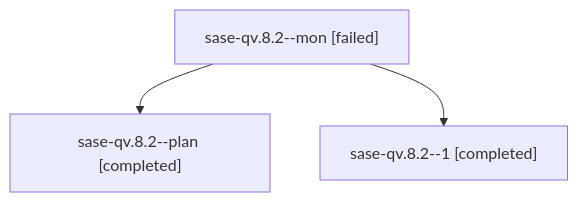
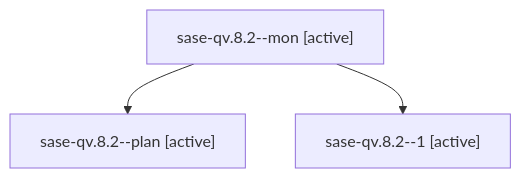
The diagram in families/bbugyi200.athena.sase-qv.8.2.md (sase-org/sase--agents), drawn with Mermaid before and after one commit. The commit also changed other lines of this file and 35830 other files, not shown here.

````diff
--- a/families/bbugyi200.athena.sase-qv.8.2.md
+++ b/families/bbugyi200.athena.sase-qv.8.2.md
@@ -9,8 +9,8 @@
 ```mermaid
 flowchart TD
-  n0["sase-qv.8.2--mon [failed]"]
-  n1["sase-qv.8.2--plan [completed]"]
+  n0["sase-qv.8.2--mon [active]"]
+  n1["sase-qv.8.2--plan [active]"]
   n0 --> n1
-  n2["sase-qv.8.2--1 [completed]"]
+  n2["sase-qv.8.2--1 [active]"]
   n0 --> n2
 ```
````
